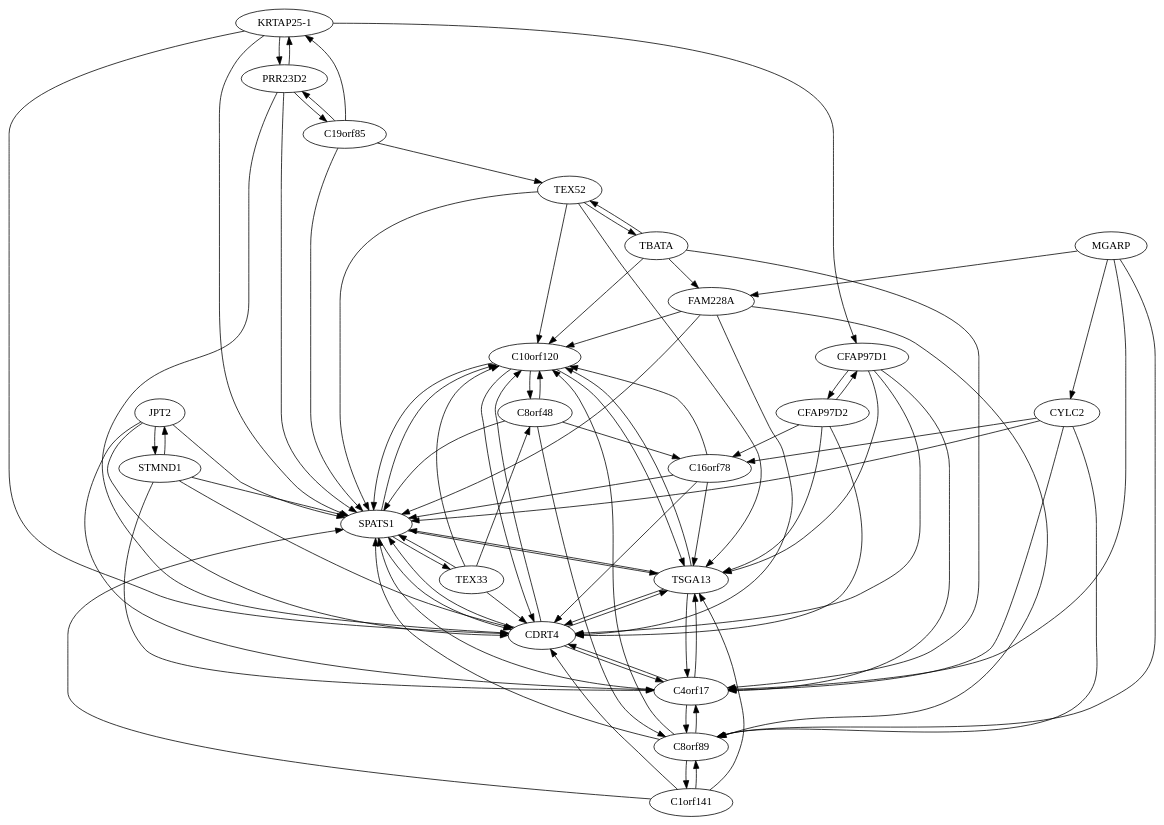
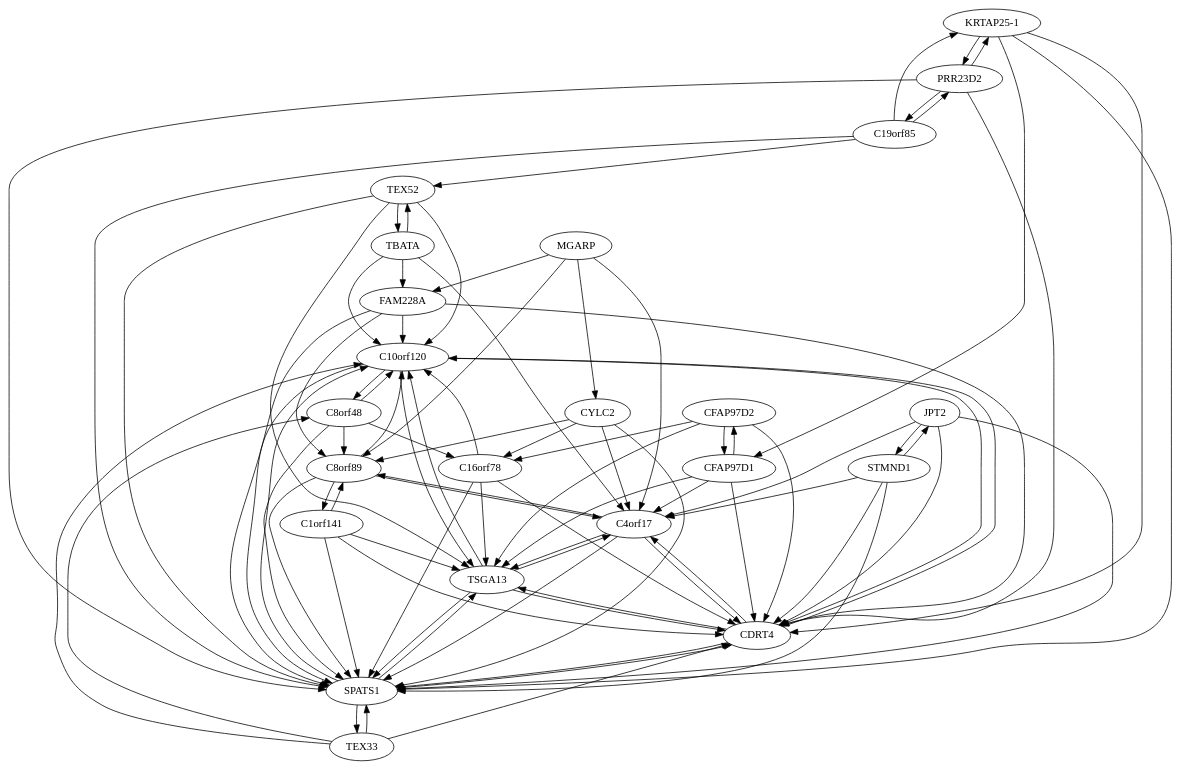
The diagram in v6/graphs/331.graph.dot (leonfrench/map-of-proteins-data), drawn with Graphviz before and after one commit. The commit also changed 457 other files, not shown here.

```diff
--- a/v6/graphs/331.graph.dot
+++ b/v6/graphs/331.graph.dot
@@ -1,112 +1,112 @@
 digraph G {
-"C10orf120" ["l"="7.853132,16.103777"]
-"C16orf78" ["l"="7.171315,16.522720"]
-"C19orf85" ["l"="7.285020,16.617521"]
-"C1orf141" ["l"="7.409712,16.558187"]
-"C4orf17" ["l"="7.024502,16.825649"]
-"C8orf48" ["l"="8.495733,16.099131"]
-"C8orf89" ["l"="8.398754,16.223743"]
-"CDRT4" ["l"="8.194245,17.536760"]
-"CFAP97D1" ["l"="8.106725,18.164000"]
-"CFAP97D2" ["l"="6.823963,17.612673"]
-"CYLC2" ["l"="7.258124,16.309700"]
-"FAM228A" ["l"="7.396719,16.677679"]
-"JPT2" ["l"="8.477570,17.458134"]
-"KRTAP25-1" ["l"="7.877298,16.747604"]
-"MGARP" ["l"="8.349487,17.055420"]
-"PRR23D2" ["l"="8.609240,17.534357"]
-"SPATS1" ["l"="7.652831,16.797329"]
-"STMND1" ["l"="7.824746,16.608984"]
-"TBATA" ["l"="8.014904,16.087540"]
-"TEX33" ["l"="8.377214,17.269753"]
-"TEX52" ["l"="7.777536,16.548161"]
-"TSGA13" ["l"="6.947745,17.171144"]
-"C10orf120" -> "C8orf48"
-"C10orf120" -> "TSGA13"
-"C10orf120" -> "SPATS1"
-"C10orf120" -> "CDRT4"
-"C16orf78" -> "C10orf120"
-"C16orf78" -> "CDRT4"
-"C16orf78" -> "SPATS1"
-"C16orf78" -> "TSGA13"
-"C19orf85" -> "PRR23D2"
-"C19orf85" -> "SPATS1"
-"C19orf85" -> "TEX52"
-"C19orf85" -> "KRTAP25-1"
-"C1orf141" -> "TSGA13"
-"C1orf141" -> "C8orf89"
-"C1orf141" -> "SPATS1"
-"C1orf141" -> "CDRT4"
-"C4orf17" -> "TSGA13"
-"C4orf17" -> "CDRT4"
-"C4orf17" -> "SPATS1"
-"C4orf17" -> "C8orf89"
-"C8orf48" -> "C10orf120"
-"C8orf48" -> "SPATS1"
-"C8orf48" -> "C8orf89"
-"C8orf48" -> "C16orf78"
-"C8orf89" -> "SPATS1"
-"C8orf89" -> "C10orf120"
-"C8orf89" -> "C1orf141"
-"C8orf89" -> "C4orf17"
-"CDRT4" -> "TSGA13"
-"CDRT4" -> "SPATS1"
-"CDRT4" -> "C4orf17"
-"CDRT4" -> "C10orf120"
-"CFAP97D1" -> "CFAP97D2"
-"CFAP97D1" -> "CDRT4"
-"CFAP97D1" -> "TSGA13"
-"CFAP97D1" -> "C4orf17"
-"CFAP97D2" -> "CFAP97D1"
-"CFAP97D2" -> "CDRT4"
-"CFAP97D2" -> "TSGA13"
-"CFAP97D2" -> "C16orf78"
-"CYLC2" -> "C8orf89"
-"CYLC2" -> "C4orf17"
-"CYLC2" -> "C16orf78"
-"CYLC2" -> "SPATS1"
-"FAM228A" -> "CDRT4"
-"FAM228A" -> "SPATS1"
-"FAM228A" -> "C10orf120"
-"FAM228A" -> "C8orf89"
-"JPT2" -> "STMND1"
-"JPT2" -> "SPATS1"
-"JPT2" -> "CDRT4"
-"JPT2" -> "C4orf17"
-"KRTAP25-1" -> "PRR23D2"
-"KRTAP25-1" -> "SPATS1"
-"KRTAP25-1" -> "CFAP97D1"
-"KRTAP25-1" -> "CDRT4"
-"MGARP" -> "CYLC2"
-"MGARP" -> "C8orf89"
-"MGARP" -> "C4orf17"
-"MGARP" -> "FAM228A"
-"PRR23D2" -> "KRTAP25-1"
-"PRR23D2" -> "CDRT4"
-"PRR23D2" -> "SPATS1"
-"PRR23D2" -> "C19orf85"
-"SPATS1" -> "CDRT4"
-"SPATS1" -> "TSGA13"
-"SPATS1" -> "TEX33"
-"SPATS1" -> "C10orf120"
-"STMND1" -> "CDRT4"
-"STMND1" -> "SPATS1"
-"STMND1" -> "JPT2"
-"STMND1" -> "C4orf17"
-"TBATA" -> "TEX52"
-"TBATA" -> "C4orf17"
-"TBATA" -> "C10orf120"
-"TBATA" -> "FAM228A"
-"TEX33" -> "SPATS1"
-"TEX33" -> "C10orf120"
-"TEX33" -> "CDRT4"
-"TEX33" -> "C8orf48"
-"TEX52" -> "SPATS1"
-"TEX52" -> "TBATA"
-"TEX52" -> "TSGA13"
-"TEX52" -> "C10orf120"
-"TSGA13" -> "CDRT4"
-"TSGA13" -> "C4orf17"
-"TSGA13" -> "SPATS1"
-"TSGA13" -> "C10orf120"
+"C10orf120" -> "C8orf48";
+"C10orf120" -> "TSGA13";
+"C10orf120" -> "SPATS1";
+"C10orf120" -> "CDRT4";
+"C16orf78" -> "C10orf120";
+"C16orf78" -> "CDRT4";
+"C16orf78" -> "SPATS1";
+"C16orf78" -> "TSGA13";
+"C19orf85" -> "PRR23D2";
+"C19orf85" -> "SPATS1";
+"C19orf85" -> "TEX52";
+"C19orf85" -> "KRTAP25-1";
+"C1orf141" -> "TSGA13";
+"C1orf141" -> "C8orf89";
+"C1orf141" -> "SPATS1";
+"C1orf141" -> "CDRT4";
+"C4orf17" -> "TSGA13";
+"C4orf17" -> "CDRT4";
+"C4orf17" -> "SPATS1";
+"C4orf17" -> "C8orf89";
+"C8orf48" -> "C10orf120";
+"C8orf48" -> "SPATS1";
+"C8orf48" -> "C8orf89";
+"C8orf48" -> "C16orf78";
+"C8orf89" -> "SPATS1";
+"C8orf89" -> "C10orf120";
+"C8orf89" -> "C1orf141";
+"C8orf89" -> "C4orf17";
+"CDRT4" -> "TSGA13";
+"CDRT4" -> "SPATS1";
+"CDRT4" -> "C4orf17";
+"CDRT4" -> "C10orf120";
+"CFAP97D1" -> "CFAP97D2";
+"CFAP97D1" -> "CDRT4";
+"CFAP97D1" -> "TSGA13";
+"CFAP97D1" -> "C4orf17";
+"CFAP97D2" -> "CFAP97D1";
+"CFAP97D2" -> "CDRT4";
+"CFAP97D2" -> "TSGA13";
+"CFAP97D2" -> "C16orf78";
+"CYLC2" -> "C8orf89";
+"CYLC2" -> "C4orf17";
+"CYLC2" -> "C16orf78";
+"CYLC2" -> "SPATS1";
+"FAM228A" -> "CDRT4";
+"FAM228A" -> "SPATS1";
+"FAM228A" -> "C10orf120";
+"FAM228A" -> "C8orf89";
+"JPT2" -> "STMND1";
+"JPT2" -> "SPATS1";
+"JPT2" -> "CDRT4";
+"JPT2" -> "C4orf17";
+"KRTAP25-1" -> "PRR23D2";
+"KRTAP25-1" -> "SPATS1";
+"KRTAP25-1" -> "CFAP97D1";
+"KRTAP25-1" -> "CDRT4";
+"MGARP" -> "CYLC2";
+"MGARP" -> "C8orf89";
+"MGARP" -> "C4orf17";
+"MGARP" -> "FAM228A";
+"PRR23D2" -> "KRTAP25-1";
+"PRR23D2" -> "CDRT4";
+"PRR23D2" -> "SPATS1";
+"PRR23D2" -> "C19orf85";
+"SPATS1" -> "CDRT4";
+"SPATS1" -> "TSGA13";
+"SPATS1" -> "TEX33";
+"SPATS1" -> "C10orf120";
+"STMND1" -> "CDRT4";
+"STMND1" -> "SPATS1";
+"STMND1" -> "JPT2";
+"STMND1" -> "C4orf17";
+"TBATA" -> "TEX52";
+"TBATA" -> "C4orf17";
+"TBATA" -> "C10orf120";
+"TBATA" -> "FAM228A";
+"TEX33" -> "SPATS1";
+"TEX33" -> "C10orf120";
+"TEX33" -> "CDRT4";
+"TEX33" -> "C8orf48";
+"TEX52" -> "SPATS1";
+"TEX52" -> "TBATA";
+"TEX52" -> "TSGA13";
+"TEX52" -> "C10orf120";
+"TSGA13" -> "CDRT4";
+"TSGA13" -> "C4orf17";
+"TSGA13" -> "SPATS1";
+"TSGA13" -> "C10orf120";
+"C10orf120" ["l"="7.853132,16.103777"];
+"C16orf78" ["l"="7.171315,16.522720"];
+"C19orf85" ["l"="7.285020,16.617521"];
+"C1orf141" ["l"="7.409712,16.558187"];
+"C4orf17" ["l"="7.024502,16.825649"];
+"C8orf48" ["l"="8.495733,16.099131"];
+"C8orf89" ["l"="8.398754,16.223743"];
+"CDRT4" ["l"="8.194245,17.536760"];
+"CFAP97D1" ["l"="8.106725,18.164000"];
+"CFAP97D2" ["l"="6.823963,17.612673"];
+"CYLC2" ["l"="7.258124,16.309700"];
+"FAM228A" ["l"="7.396719,16.677679"];
+"JPT2" ["l"="8.477570,17.458134"];
+"KRTAP25-1" ["l"="7.877298,16.747604"];
+"MGARP" ["l"="8.349487,17.055420"];
+"PRR23D2" ["l"="8.609240,17.534357"];
+"SPATS1" ["l"="7.652831,16.797329"];
+"STMND1" ["l"="7.824746,16.608984"];
+"TBATA" ["l"="8.014904,16.087540"];
+"TEX33" ["l"="8.377214,17.269753"];
+"TEX52" ["l"="7.777536,16.548161"];
+"TSGA13" ["l"="6.947745,17.171144"];
 }
```
